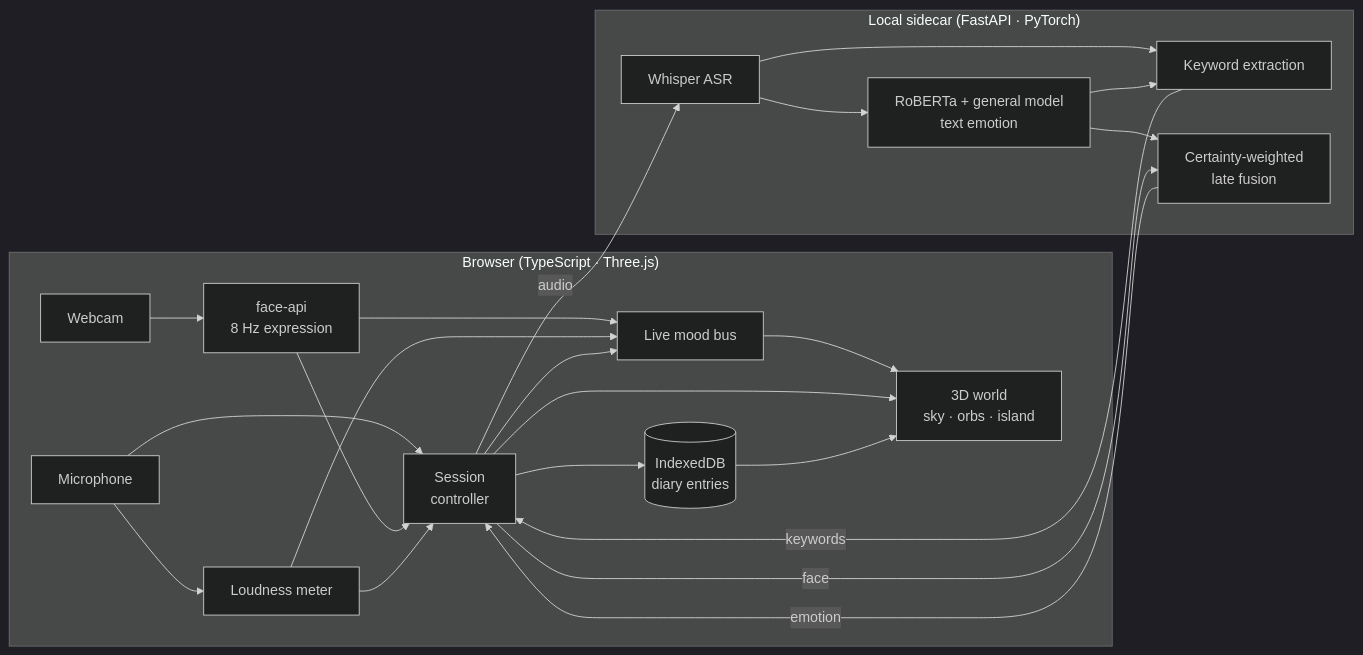
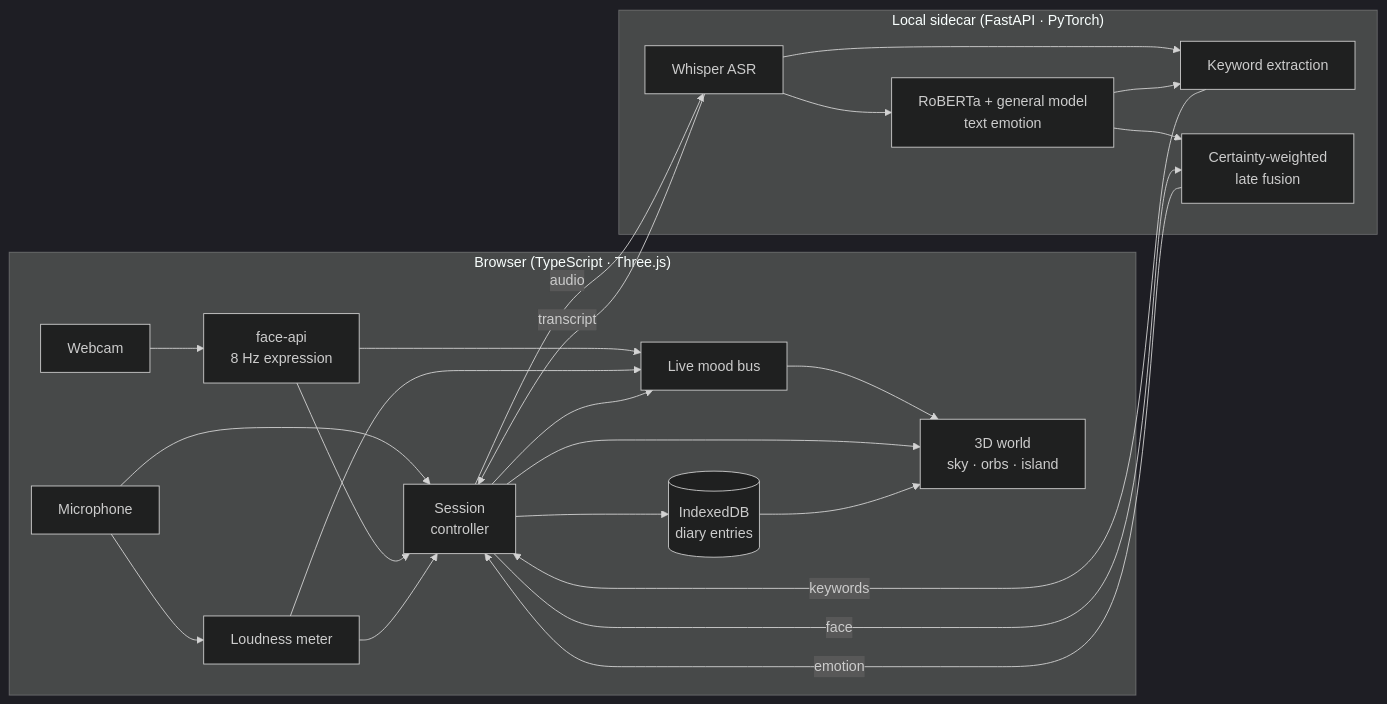
Before and after one commit to SebastiaanVryens/Affective_Computing_Research_Project: the diagram in README.md, drawn with Mermaid (dark theme).

````diff
--- a/README.md
+++ b/README.md
@@ -69,27 +69,28 @@
 ```mermaid
 flowchart LR
   subgraph Browser["Browser (TypeScript · Three.js)"]
     CAM[Webcam] --> FACE[face-api<br/>8 Hz expression]
     MIC[Microphone] --> LVL[Loudness meter]
     FACE --> MOOD[Live mood bus]
     LVL --> MOOD
     MOOD --> WORLD[3D world<br/>sky · orbs · island]
     MIC --> SES[Session<br/>controller]
     FACE --> SES
     LVL --> SES
     SES --> MOOD
     SES --> WORLD
     SES --> DB[(IndexedDB<br/>diary entries)]
     DB --> WORLD
   end
   subgraph Sidecar["Local sidecar (FastAPI · PyTorch)"]
     ASR[Whisper ASR] --> TXT[RoBERTa + general model<br/>text emotion]
     ASR --> KW[Keyword extraction]
     TXT --> KW
     TXT --> FUS[Certainty-weighted<br/>late fusion]
   end
   SES -- audio --> ASR
   SES -- face --> FUS
+  ASR -- transcript --> SES
   FUS -- emotion --> SES
   KW -- keywords --> SES
 ```
````
